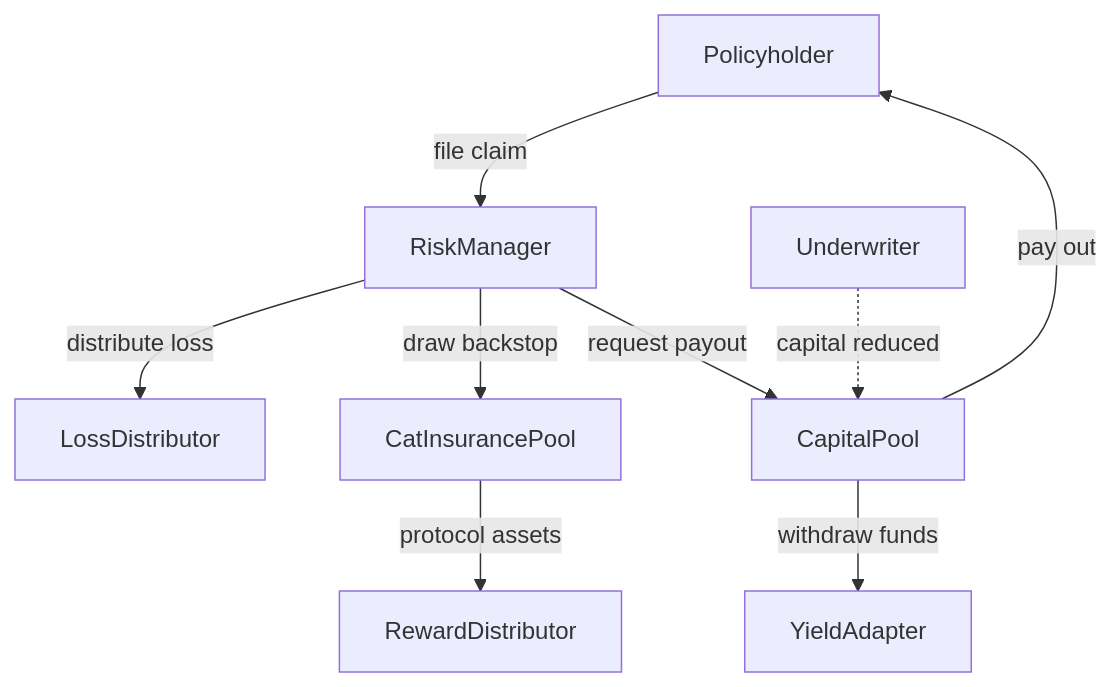
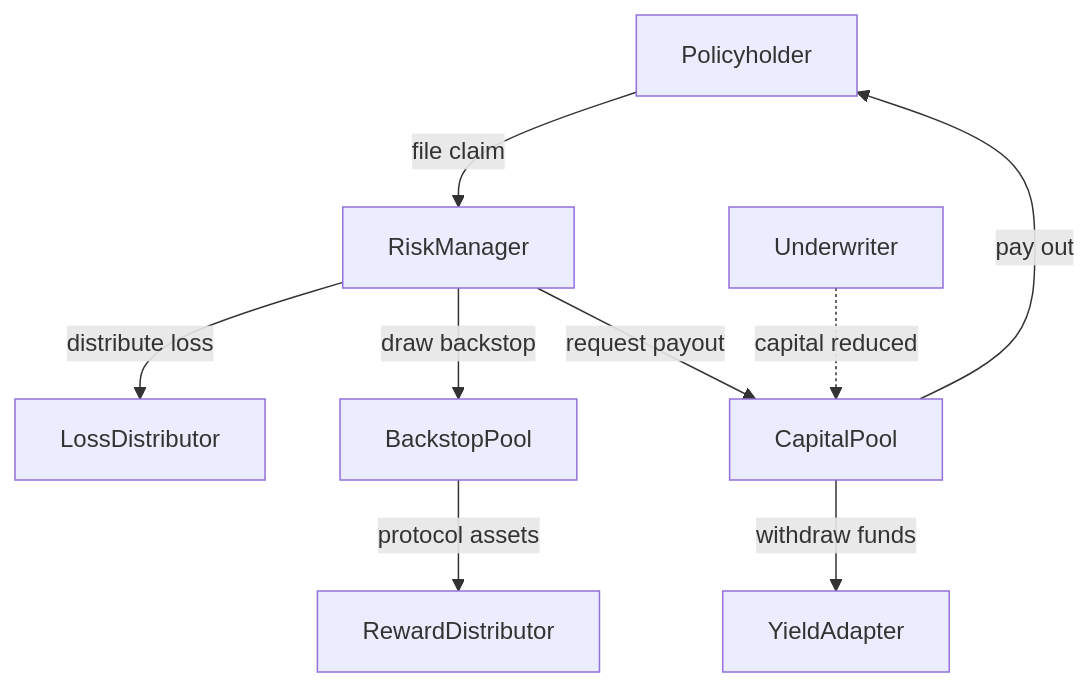
The third of 3 diagrams in README.md (Amplify-Insurance/monorepo), drawn with Mermaid before and after one commit. The commit also changed other lines of this file and 48 other files, not shown here.

Commit message:
Rename CatInsurancePool to BackstopPool

````diff
--- a/README.md
+++ b/README.md
@@ -340,11 +340,11 @@
 ```mermaid
 graph TD
     Policyholder -->|file claim| RiskManager
     RiskManager -->|distribute loss| LossDistributor
-    RiskManager -->|draw backstop| CatInsurancePool
+    RiskManager -->|draw backstop| BackstopPool
     RiskManager -->|request payout| CapitalPool
     CapitalPool -->|withdraw funds| YieldAdapter
     CapitalPool -->|pay out| Policyholder
     Underwriter -.->|capital reduced| CapitalPool
-    CatInsurancePool -->|protocol assets| RewardDistributor
+    BackstopPool -->|protocol assets| RewardDistributor
 ```
````
